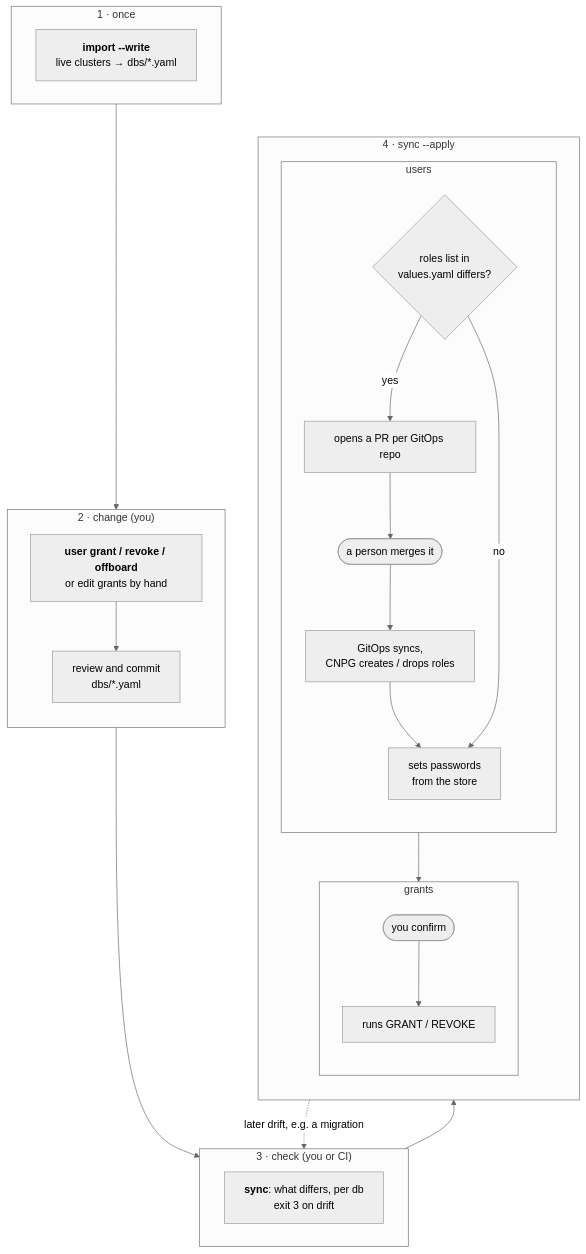
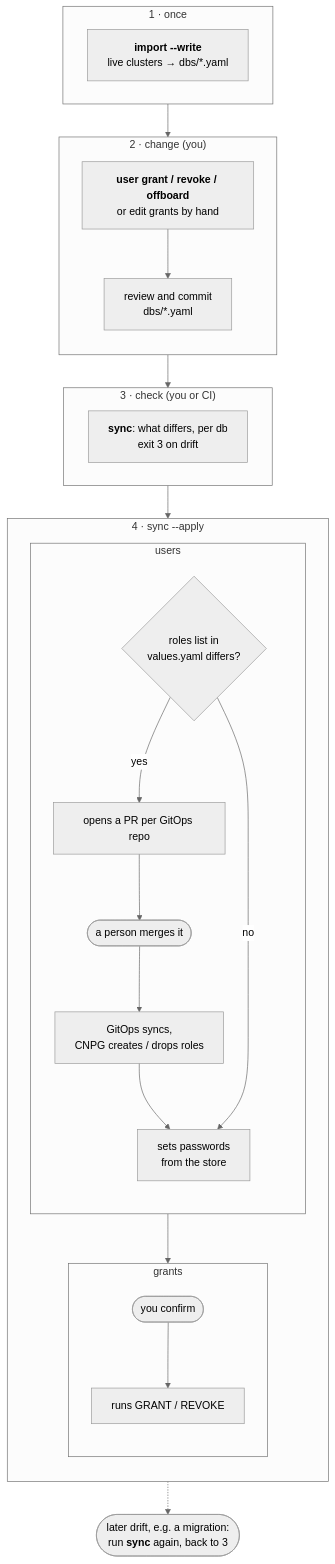
One commit to caseycs/cnpg-users-grants changed the diagram in README.md. Above: the diagram before and after it, drawn with Mermaid (neutral theme).

Commit message:
docs: workflow diagram without the upward loop

````diff
--- a/README.md
+++ b/README.md
@@ -12,32 +12,32 @@
 ```mermaid
 flowchart TD
   subgraph once["1 · once"]
     import["<b>import --write</b><br/>live clusters → dbs/*.yaml"]
   end
   subgraph change["2 · change (you)"]
     direction TB
     edit["<b>user grant / revoke / offboard</b><br/>or edit grants by hand"] --> commit["review and commit<br/>dbs/*.yaml"]
   end
   subgraph check["3 · check (you or CI)"]
     sync["<b>sync</b>: what differs, per db<br/>exit 3 on drift"]
   end
   subgraph apply["4 · sync --apply"]
     direction TB
     subgraph users["users"]
       direction TB
       differs{"roles list in<br/>values.yaml differs?"}
       differs -- yes --> pr["opens a PR per GitOps repo"]
       pr --> merge(["a person merges it"])
       merge --> rollout["GitOps syncs,<br/>CNPG creates / drops roles"]
       rollout --> pw["sets passwords<br/>from the store"]
       differs -- no --> pw
     end
     subgraph grants["grants"]
       direction TB
       confirm(["you confirm"]) --> sql["runs GRANT / REVOKE"]
     end
     users --> grants
   end
   once --> change --> check --> apply
-  apply -. "later drift, e.g. a migration" .-> check
+  apply -.-> later(["later drift, e.g. a migration:<br/>run <b>sync</b> again, back to 3"])
 ```
````
